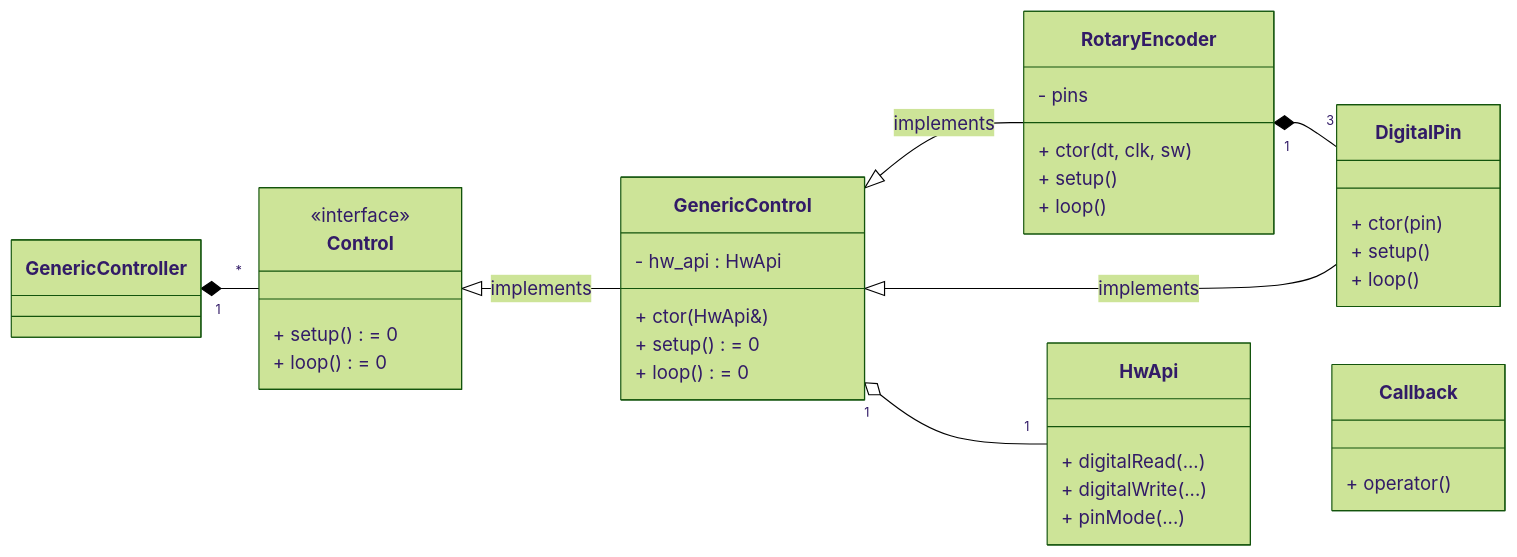
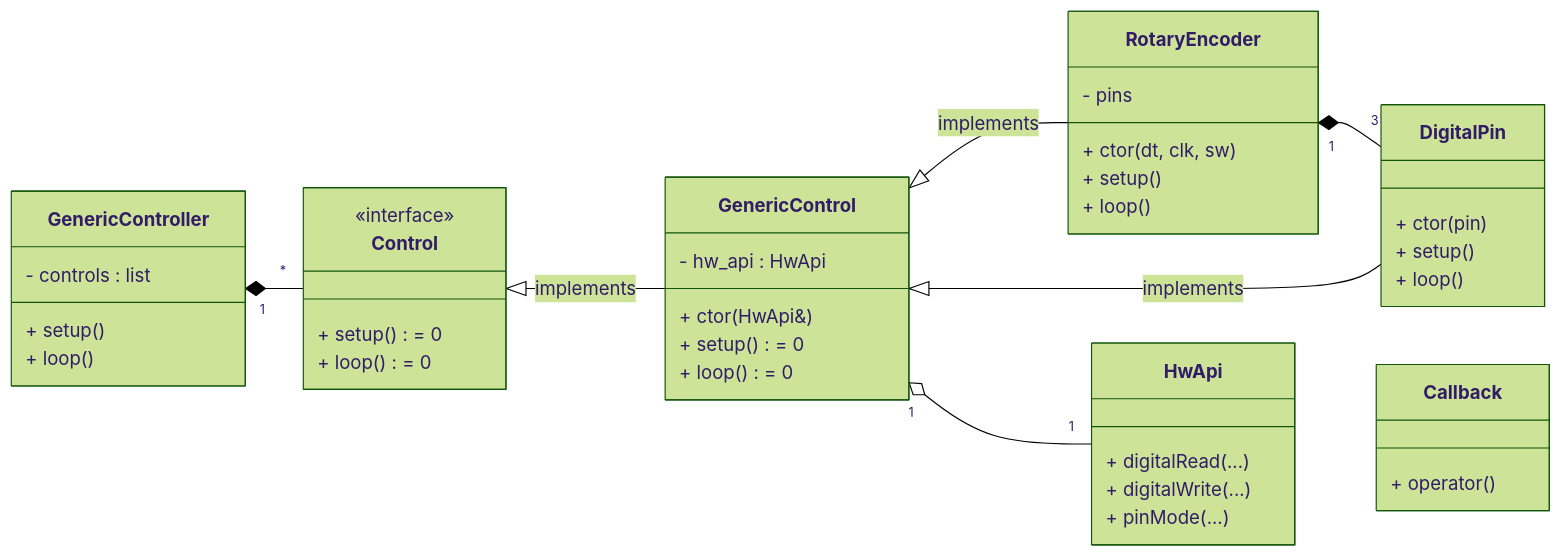
Before and after one commit to aserebryakov/arduino-cpp-components-library: the diagram in support_library/README.md, drawn with Mermaid (forest theme). The commit also changed 13 other files, not shown here.

````diff
--- a/support_library/README.md
+++ b/support_library/README.md
@@ -11,49 +11,53 @@
 ```mermaid
 classDiagram
     direction RL
     
-    class GenericController
+    class GenericController {
+        + setup()
+        + loop()
+        - controls : list
+    }
     
     class Control {
         <<interface>>
         + setup() = 0
         + loop() = 0
     }
     
     class GenericControl {
         + ctor(HwApi&)
         + setup() = 0
         + loop() = 0
         - hw_api : HwApi
     }
     
     class RotaryEncoder {
         + ctor(dt, clk, sw)
         + setup()
         + loop()
         - pins
     }
     
     class DigitalPin {
         + ctor(pin)
         + setup()
         + loop()
     }
     
     class HwApi {
         + digitalRead(...)
         + digitalWrite(...)
         + pinMode(...)
     }
     
     class Callback {
         + operator()
     }
     
     GenericControl --|> Control : implements
     RotaryEncoder --|> GenericControl : implements
     DigitalPin --|> GenericControl : implements
     DigitalPin "3" --* "1" RotaryEncoder : 
     Control "*" --* "1" GenericController
     HwApi "1" --o "1" GenericControl
 ```
````
